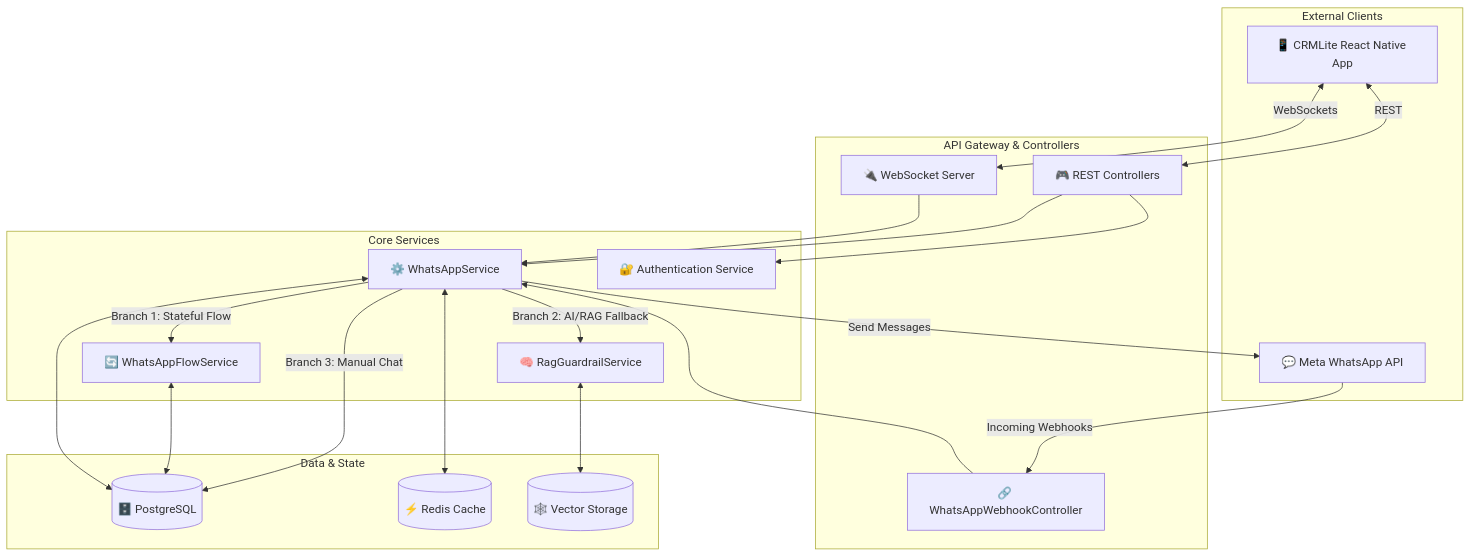
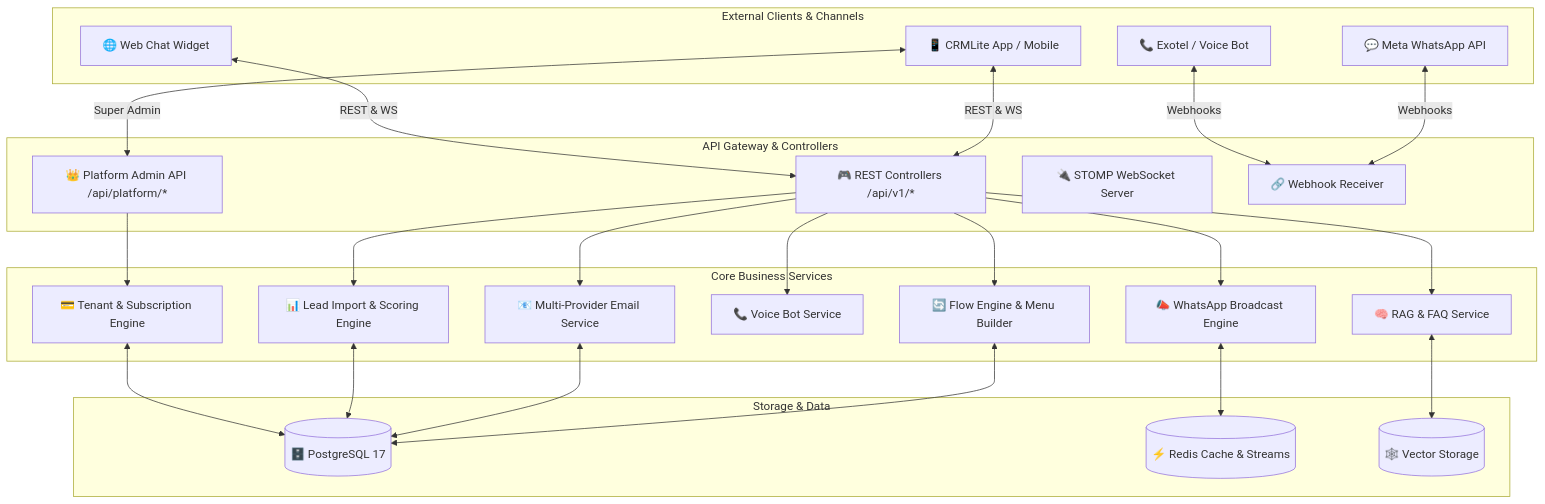
One commit to hkbharti77/CRMLiteBackedn changed the first of 3 diagrams in README.md. Above: the diagram before and after it, drawn with Mermaid. The commit also changed other lines of this file, not shown here.

Commit message:
docs: update backend README with features, architecture, WhatsApp coexistence and voice bot diagrams

````diff
--- a/README.md
+++ b/README.md
@@ -62,46 +71,53 @@
 ```mermaid
 graph TD
-    subgraph External Clients
-        App[📱 CRMLite React Native App]
-        WhatsApp[💬 Meta WhatsApp API]
+    subgraph External Clients & Channels
+        App[📱 CRMLite App / Mobile]
+        WA[💬 Meta WhatsApp API]
+        WebWidget[🌐 Web Chat Widget]
+        Voice[📞 Exotel / Voice Bot]
     end
 
     subgraph API Gateway & Controllers
-        REST[🎮 REST Controllers]
-        WS[🔌 WebSocket Server]
-        Webhook[🔗 WhatsAppWebhookController]
+        REST[🎮 REST Controllers /api/v1/*]
+        PlatformAPI[👑 Platform Admin API /api/platform/*]
+        WS[🔌 STOMP WebSocket Server]
+        Webhook[🔗 Webhook Receiver]
     end
 
-    subgraph Core Services
-        WAService[⚙️ WhatsAppService]
-        FlowService[🔄 WhatsAppFlowService]
-        RAG[🧠 RagGuardrailService]
-        Auth[🔐 Authentication Service]
+    subgraph Core Business Services
+        FlowService[🔄 Flow Engine & Menu Builder]
+        CampaignEngine[📣 WhatsApp Broadcast Engine]
+        EmailEngine[📧 Multi-Provider Email Service]
+        VoiceService[📞 Voice Bot Service]
+        RAG[🧠 RAG & FAQ Service]
+        LeadEngine[📊 Lead Import & Scoring Engine]
+        SubEngine[💳 Tenant & Subscription Engine]
     end
 
-    subgraph Data & State
-        DB[(🗄️ PostgreSQL)]
-        Redis[(⚡ Redis Cache)]
+    subgraph Storage & Data
+        DB[(🗄️ PostgreSQL 17)]
+        Redis[(⚡ Redis Cache & Streams)]
         VectorDB[(🕸️ Vector Storage)]
     end
 
-    App <-->|REST| REST
-    App <-->|WebSockets| WS
-    WhatsApp -->|Incoming Webhooks| Webhook
-    
-    REST --> Auth
-    REST --> WAService
-    WS --> WAService
-    Webhook --> WAService
-    
-    WAService -->|Branch 1: Stateful Flow| FlowService
-    WAService -->|Branch 2: AI/RAG Fallback| RAG
-    WAService -->|Branch 3: Manual Chat| DB
-    
+    App <-->|REST & WS| REST
+    App <-->|Super Admin| PlatformAPI
+    WA <-->|Webhooks| Webhook
+    WebWidget <-->|REST & WS| REST
+    Voice <-->|Webhooks| Webhook
+
+    REST --> FlowService
+    REST --> CampaignEngine
+    REST --> EmailEngine
+    REST --> VoiceService
+    REST --> RAG
+    REST --> LeadEngine
+    PlatformAPI --> SubEngine
+
     FlowService <--> DB
+    CampaignEngine <--> Redis
+    EmailEngine <--> DB
     RAG <--> VectorDB
-    WAService <--> Redis
-    WAService <--> DB
-    
-    WAService -->|Send Messages| WhatsApp
+    LeadEngine <--> DB
+    SubEngine <--> DB
 ```
````
